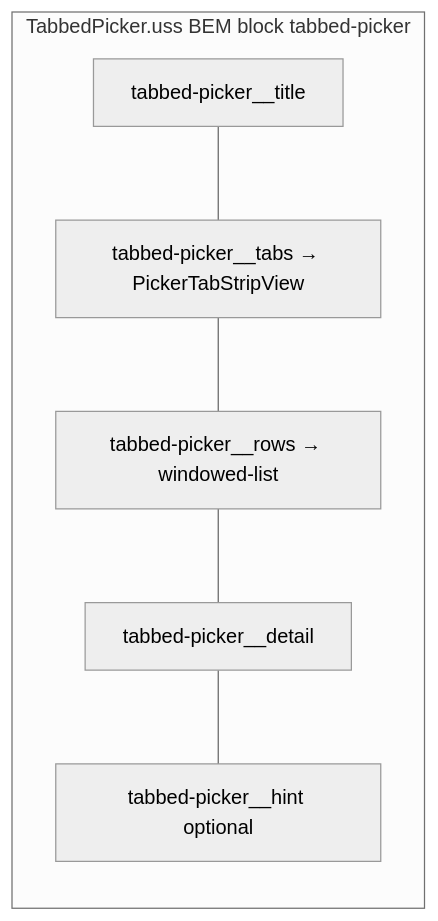
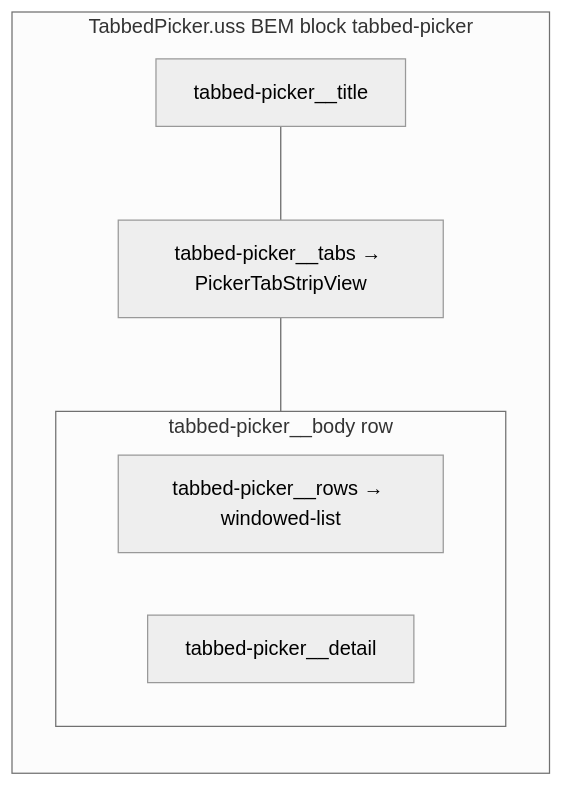
The third of 7 diagrams in docs/04-dev/shared-menu-picker-ui.md (miramocha/griddungeon-design-docs), drawn with Mermaid (neutral theme) before and after one commit. The commit also changed other lines of this file and 3 other files, not shown here.

First line of the commit message:
Document global InputHint overlay and tabbed picker UI shipped in game.

````diff
--- a/docs/04-dev/shared-menu-picker-ui.md
+++ b/docs/04-dev/shared-menu-picker-ui.md
@@ -195,12 +226,13 @@
 ```mermaid
 flowchart LR
   subgraph shell [TabbedPicker.uss BEM block tabbed-picker]
     T[tabbed-picker__title]
     TB[tabbed-picker__tabs → PickerTabStripView]
-    RW[tabbed-picker__rows → windowed-list]
-    D[tabbed-picker__detail]
-    H[tabbed-picker__hint optional]
+    subgraph body [tabbed-picker__body row]
+      RW[tabbed-picker__rows → windowed-list]
+      D[tabbed-picker__detail]
+    end
   end
 
-  T --- TB --- RW --- D --- H
+  T --- TB --- body
 ```
````
